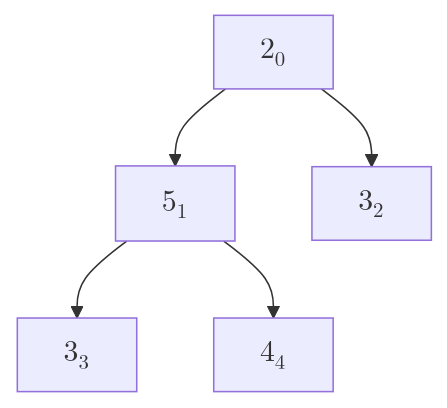
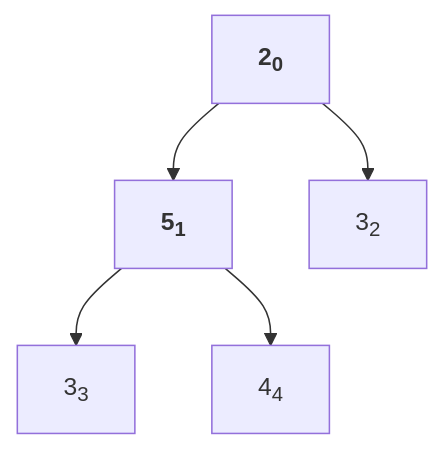
Before and after one commit to cafewang/cafewang.github.io: the fourth of 15 diagrams in _posts/2024-12-17-sort-four.md, drawn with Mermaid. The commit also changed other lines of this file, not shown here.

Commit message:
fix mermaid done

````diff
--- a/_posts/2024-12-17-sort-four.md
+++ b/_posts/2024-12-17-sort-four.md
@@ -78,12 +78,12 @@
 ```mermaid
 
 graph TD 
-A["$$\mathbf{2_0}$$"]
-B["$$\mathbf{5_1}$$"]
-C["$$3_2$$"]
-D["$$3_3$$"]
-E["$$4_4$$"]
+A["<b>2<sub>0</sub></b>"]
+B["<b>5<sub>1</sub></b>"]
+C["3<sub>2</sub>"]
+D["3<sub>3</sub>"]
+E["4<sub>4</sub>"]
 
 A --> B & C
 B --> D & E
 ```
````
